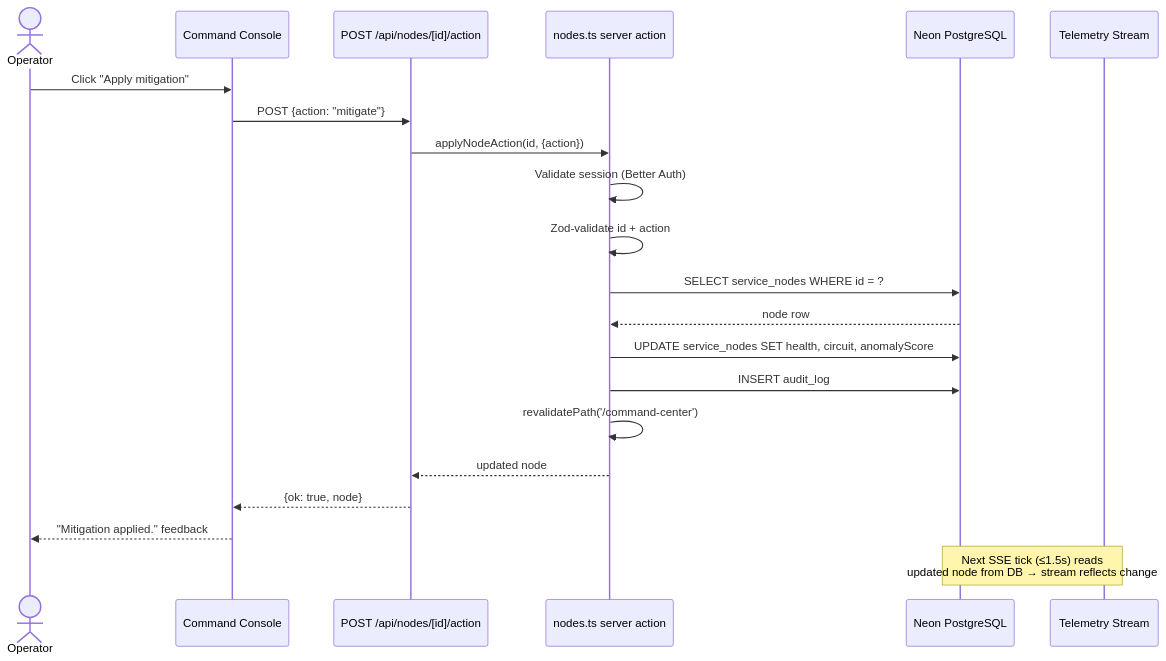
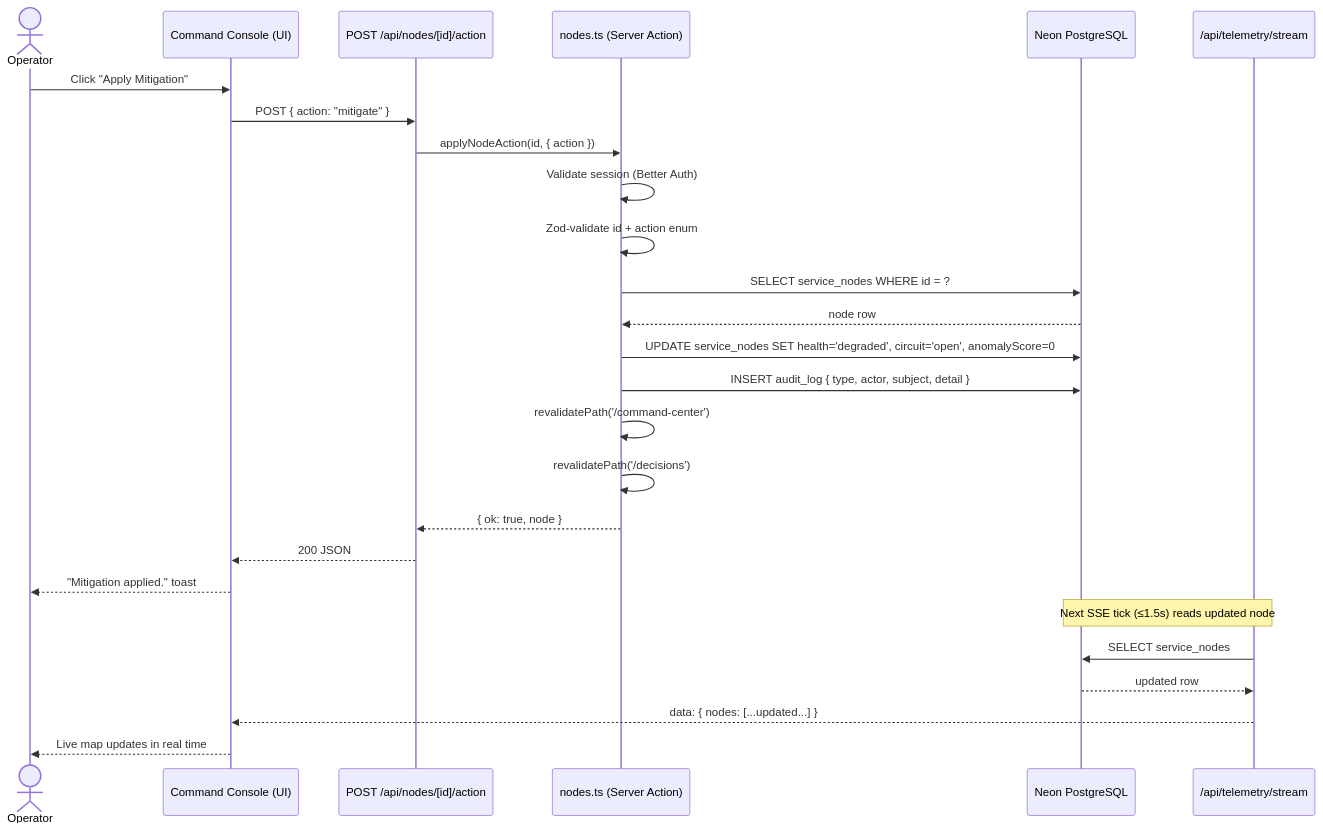
One commit to BugHunterX2101/SentinalGateway changed the third of 7 diagrams in README.md. Above: the diagram before and after it, drawn with Mermaid. The commit also changed other lines of this file, not shown here.

Commit message:
docs: complete README redesign with detailed architecture diagrams, full file structure, API reference, and design system docs

````diff
--- a/README.md
+++ b/README.md
@@ -157,25 +190,34 @@
 ```mermaid
 sequenceDiagram
     actor Operator
-    participant UI as Command Console
+    participant Console as Command Console (UI)
     participant API as POST /api/nodes/[id]/action
-    participant Action as nodes.ts server action
+    participant Action as nodes.ts (Server Action)
     participant DB as Neon PostgreSQL
-    participant SSE as Telemetry Stream
+    participant SSE as /api/telemetry/stream
 
-    Operator->>UI: Click "Apply mitigation"
-    UI->>API: POST {action: "mitigate"}
-    API->>Action: applyNodeAction(id, {action})
+    Operator->>Console: Click "Apply Mitigation"
+    Console->>API: POST { action: "mitigate" }
+    API->>Action: applyNodeAction(id, { action })
+
     Action->>Action: Validate session (Better Auth)
-    Action->>Action: Zod-validate id + action
+    Action->>Action: Zod-validate id + action enum
+
     Action->>DB: SELECT service_nodes WHERE id = ?
     DB-->>Action: node row
-    Action->>DB: UPDATE service_nodes SET health, circuit, anomalyScore
-    Action->>DB: INSERT audit_log
+
+    Action->>DB: UPDATE service_nodes SET health='degraded', circuit='open', anomalyScore=0
+    Action->>DB: INSERT audit_log { type, actor, subject, detail }
     Action->>Action: revalidatePath('/command-center')
-    Action-->>API: updated node
-    API-->>UI: {ok: true, node}
-    UI-->>Operator: "Mitigation applied." feedback
+    Action->>Action: revalidatePath('/decisions')
 
-    Note over SSE,DB: Next SSE tick (≤1.5s) reads<br/>updated node from DB → stream reflects change
+    Action-->>API: { ok: true, node }
+    API-->>Console: 200 JSON
+    Console-->>Operator: "Mitigation applied." toast
+
+    Note over SSE,DB: Next SSE tick (≤1.5s) reads updated node
+    SSE->>DB: SELECT service_nodes
+    DB-->>SSE: updated row
+    SSE-->>Console: data: { nodes: [...updated...] }
+    Console-->>Operator: Live map updates in real time
 ```
````
